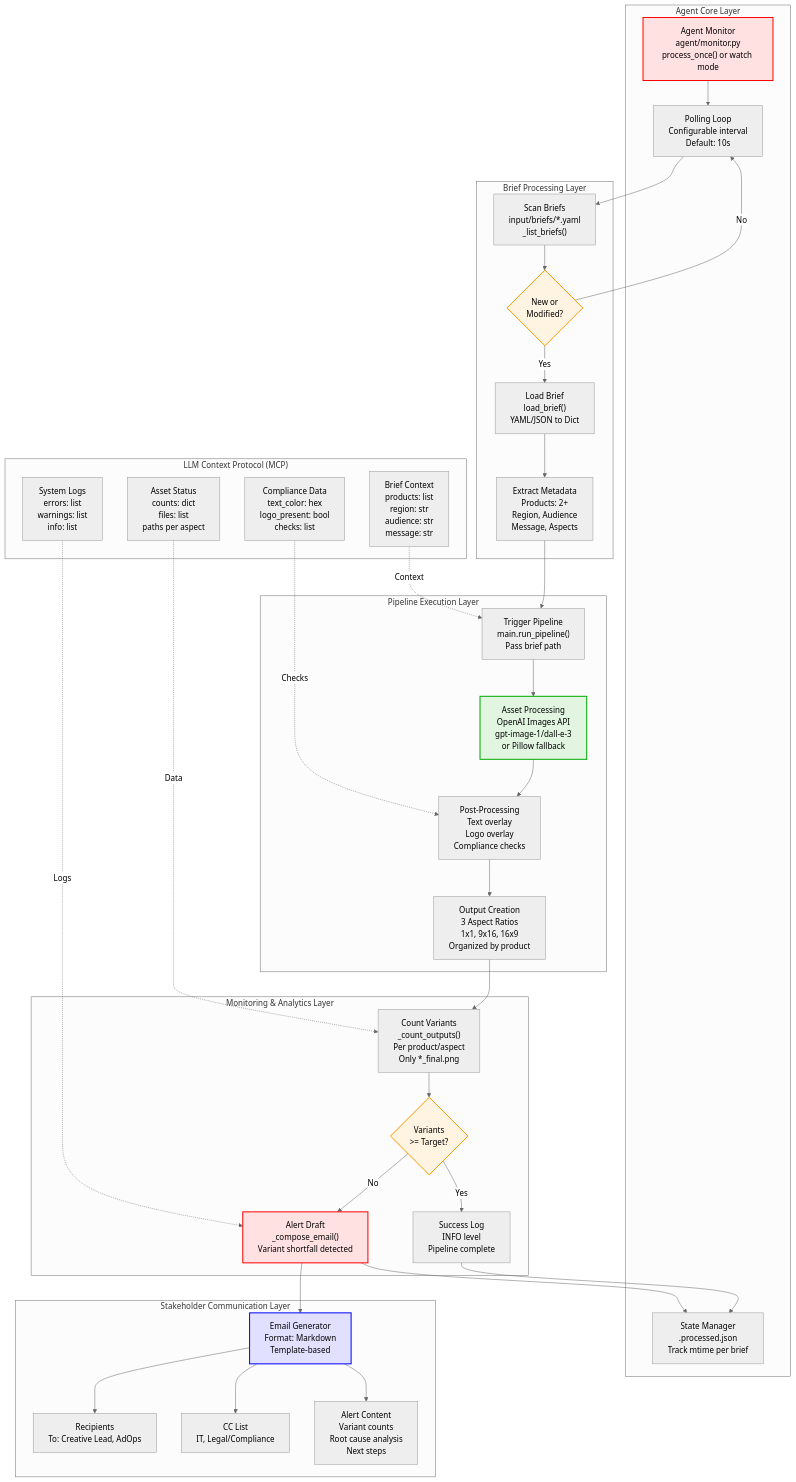
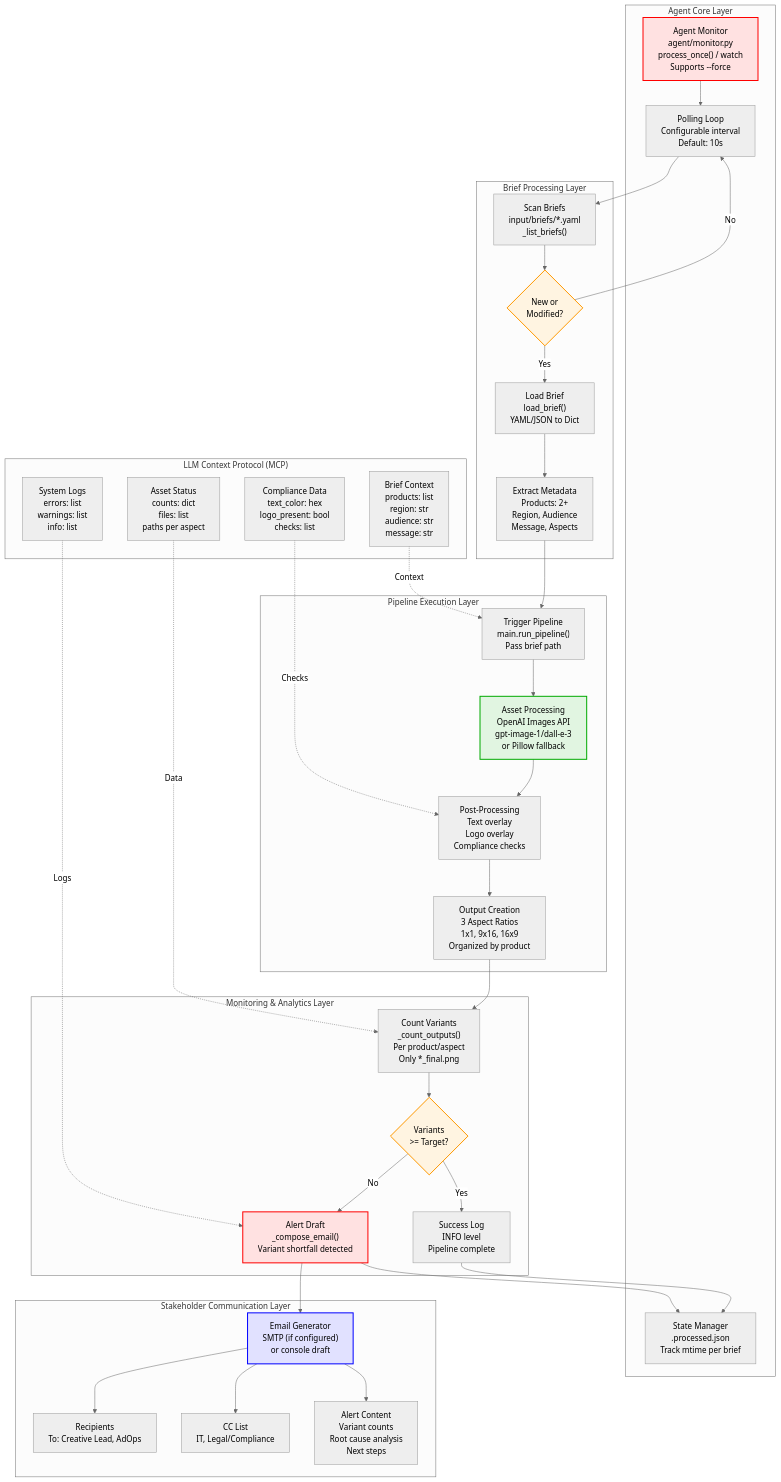
The diagram in docs/agentic_system_design.mmd (serapsen/ai-automation), drawn with Mermaid (neutral theme) before and after one commit. The commit also changed 4 other files, not shown here.

```diff
--- a/docs/agentic_system_design.mmd
+++ b/docs/agentic_system_design.mmd
@@ -1,75 +1,75 @@
 %% Mermaid diagram: AI Agent System Design & Orchestration
 flowchart TB
   subgraph "Agent Core Layer"
-    A["Agent Monitor<br/>agent/monitor.py<br/>process_once() or watch mode"]
+    A["Agent Monitor<br/>agent/monitor.py<br/>process_once() / watch<br/>Supports --force"]
     B["State Manager<br/>.processed.json<br/>Track mtime per brief"]
     C["Polling Loop<br/>Configurable interval<br/>Default: 10s"]
   end
 
   subgraph "Brief Processing Layer"
     D["Scan Briefs<br/>input/briefs/*.yaml<br/>_list_briefs()"]
     E{"New or<br/>Modified?"}
     F["Load Brief<br/>load_brief()<br/>YAML/JSON to Dict"]
     G["Extract Metadata<br/>Products: 2+<br/>Region, Audience<br/>Message, Aspects"]
   end
 
   subgraph "Pipeline Execution Layer"
     H["Trigger Pipeline<br/>main.run_pipeline()<br/>Pass brief path"]
     I["Asset Processing<br/>OpenAI Images API<br/>gpt-image-1/dall-e-3<br/>or Pillow fallback"]
     J["Post-Processing<br/>Text overlay<br/>Logo overlay<br/>Compliance checks"]
     K["Output Creation<br/>3 Aspect Ratios<br/>1x1, 9x16, 16x9<br/>Organized by product"]
   end
 
   subgraph "Monitoring & Analytics Layer"
     L["Count Variants<br/>_count_outputs()<br/>Per product/aspect<br/>Only *_final.png"]
     M{"Variants<br/>>= Target?"}
     N["Success Log<br/>INFO level<br/>Pipeline complete"]
     O["Alert Draft<br/>_compose_email()<br/>Variant shortfall detected"]
   end
 
   subgraph "LLM Context Protocol (MCP)"
     P["Brief Context<br/>products: list<br/>region: str<br/>audience: str<br/>message: str"]
     Q["Asset Status<br/>counts: dict<br/>files: list<br/>paths per aspect"]
     R["Compliance Data<br/>text_color: hex<br/>logo_present: bool<br/>checks: list"]
     S["System Logs<br/>errors: list<br/>warnings: list<br/>info: list"]
   end
 
   subgraph "Stakeholder Communication Layer"
-    T["Email Generator<br/>Format: Markdown<br/>Template-based"]
+    T["Email Generator<br/>SMTP (if configured)<br/>or console draft"]
     U["Recipients<br/>To: Creative Lead, AdOps"]
     V["CC List<br/>IT, Legal/Compliance"]
     W["Alert Content<br/>Variant counts<br/>Root cause analysis<br/>Next steps"]
   end
 
   A --> C
   C --> D
   D --> E
   E -->|Yes| F
   E -->|No| C
   F --> G
   G --> H
   H --> I
   I --> J
   J --> K
   K --> L
   L --> M
   M -->|Yes| N
   M -->|No| O
   O --> T
   T --> U
   T --> V
   T --> W
   N --> B
   O --> B
   
   P -.->|Context| H
   Q -.->|Data| L
   R -.->|Checks| J
   S -.->|Logs| O
   
   style A fill:#ffe1e1,stroke:#f00,stroke-width:2px
   style E fill:#fff4e1,stroke:#f90,stroke-width:2px
   style I fill:#e1f5e1,stroke:#0a0,stroke-width:2px
   style M fill:#fff4e1,stroke:#f90,stroke-width:2px
   style O fill:#ffe1e1,stroke:#f00,stroke-width:2px
   style T fill:#e1e1ff,stroke:#00f,stroke-width:2px
```
